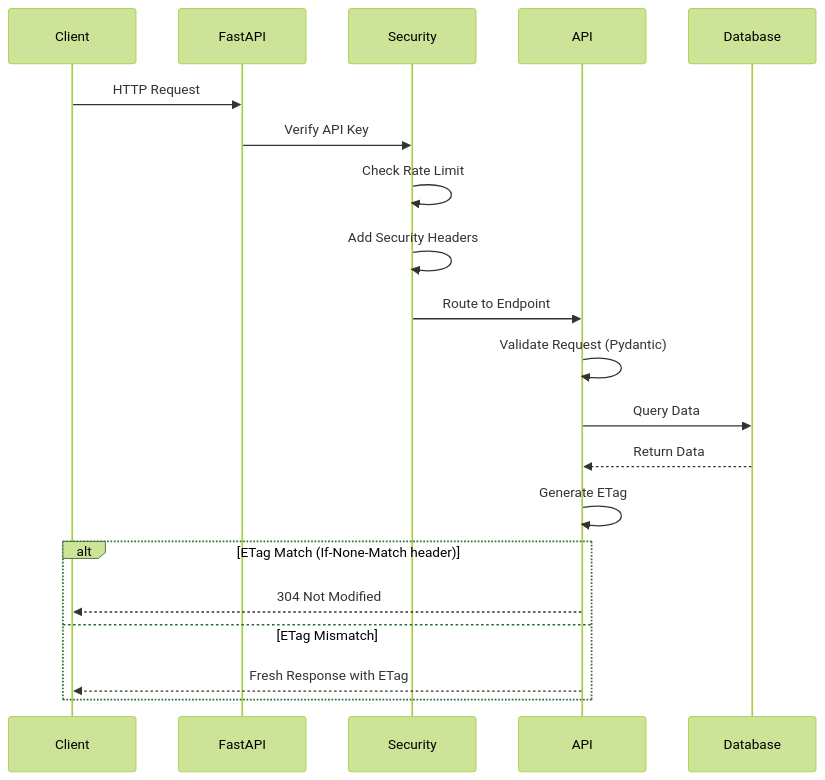
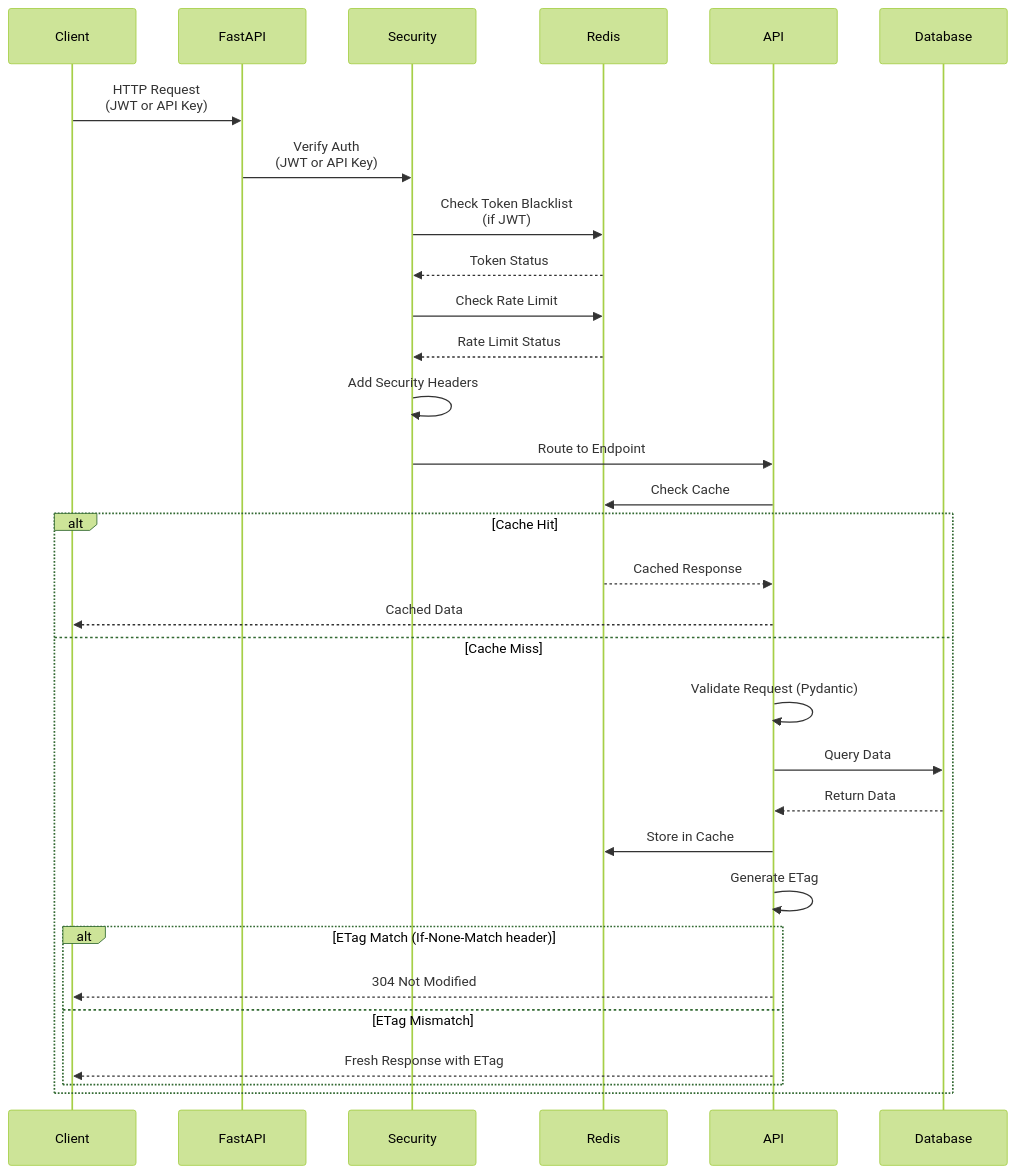
Before and after one commit to lixianphys/banking-api: the second of 2 diagrams in README.md, drawn with Mermaid (forest theme). The commit also changed other lines of this file and 1 other file, not shown here.

Commit message:
docs: update README files with JWT authentication and Redis caching features

````diff
--- a/README.md
+++ b/README.md
@@ -90,23 +114,34 @@
 ```mermaid
 sequenceDiagram
     participant Client
     participant FastAPI
     participant Security
+    participant Redis
     participant API
     participant Database
     
-    Client->>FastAPI: HTTP Request
-    FastAPI->>Security: Verify API Key
-    Security->>Security: Check Rate Limit
+    Client->>FastAPI: HTTP Request<br/>(JWT or API Key)
+    FastAPI->>Security: Verify Auth<br/>(JWT or API Key)
+    Security->>Redis: Check Token Blacklist<br/>(if JWT)
+    Redis-->>Security: Token Status
+    Security->>Redis: Check Rate Limit
+    Redis-->>Security: Rate Limit Status
     Security->>Security: Add Security Headers
     Security->>API: Route to Endpoint
-    API->>API: Validate Request (Pydantic)
-    API->>Database: Query Data
-    Database-->>API: Return Data
-    API->>API: Generate ETag
-    alt ETag Match (If-None-Match header)
-        API-->>Client: 304 Not Modified
-    else ETag Mismatch
-        API-->>Client: Fresh Response with ETag
+    API->>Redis: Check Cache
+    alt Cache Hit
+        Redis-->>API: Cached Response
+        API-->>Client: Cached Data
+    else Cache Miss
+        API->>API: Validate Request (Pydantic)
+        API->>Database: Query Data
+        Database-->>API: Return Data
+        API->>Redis: Store in Cache
+        API->>API: Generate ETag
+        alt ETag Match (If-None-Match header)
+            API-->>Client: 304 Not Modified
+        else ETag Mismatch
+            API-->>Client: Fresh Response with ETag
+        end
     end
 ```
````
